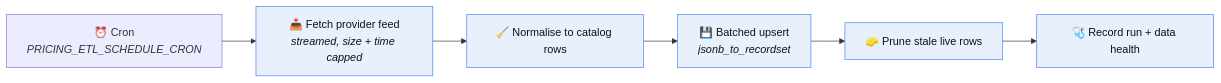
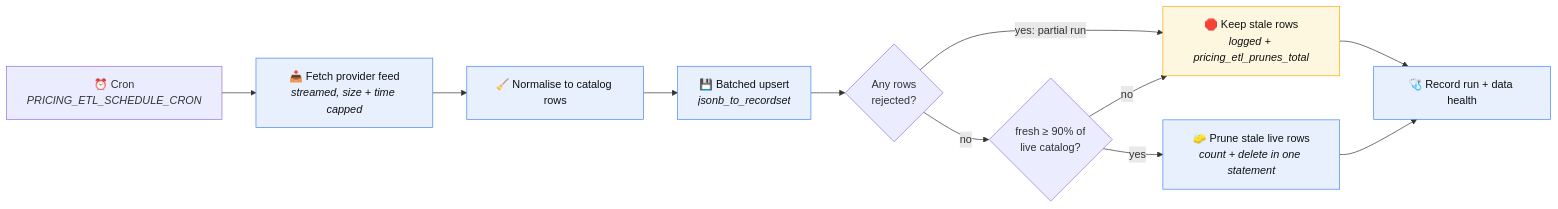
Before and after one commit to adeelarshad414/polycost: the eighth of 17 diagrams in docs/DIAGRAMS.md, drawn with Mermaid. The commit also changed other lines of this file and 7 other files, not shown here.

First line of the commit message:
docs: catch up docs and diagrams with audit Phase 0 and Phase 1 changes (#259)

````diff
--- a/docs/DIAGRAMS.md
+++ b/docs/DIAGRAMS.md
@@ -259,12 +265,19 @@
 ```mermaid
 flowchart LR
     CRON["⏰ Cron<br/><i>PRICING_ETL_SCHEDULE_CRON</i>"] --> FETCH
     FETCH["📥 Fetch provider feed<br/><i>streamed, size + time capped</i>"] --> NORM
     NORM["🧹 Normalise to catalog rows"] --> UPSERT
-    UPSERT["💾 Batched upsert<br/><i>jsonb_to_recordset</i>"] --> PRUNE
-    PRUNE["🧽 Prune stale live rows"] --> HEALTH
+    UPSERT["💾 Batched upsert<br/><i>jsonb_to_recordset</i>"] --> CLEAN
+    CLEAN{"Any rows<br/>rejected?"} -->|yes: partial run| KEEP
+    CLEAN -->|no| GUARD
+    GUARD{"fresh ≥ 90% of<br/>live catalog?"} -->|no| KEEP
+    GUARD -->|yes| PRUNE
+    PRUNE["🧽 Prune stale live rows<br/><i>count + delete in one statement</i>"] --> HEALTH
+    KEEP["🛑 Keep stale rows<br/><i>logged + pricing_etl_prunes_total</i>"] --> HEALTH
     HEALTH["🩺 Record run + data health"]
 
     classDef step fill:#e8f0fe,stroke:#4285f4,color:#111
+    classDef warn fill:#fef7e0,stroke:#f9ab00,color:#111
     class FETCH,NORM,UPSERT,PRUNE,HEALTH step
+    class KEEP warn
 ```
````
